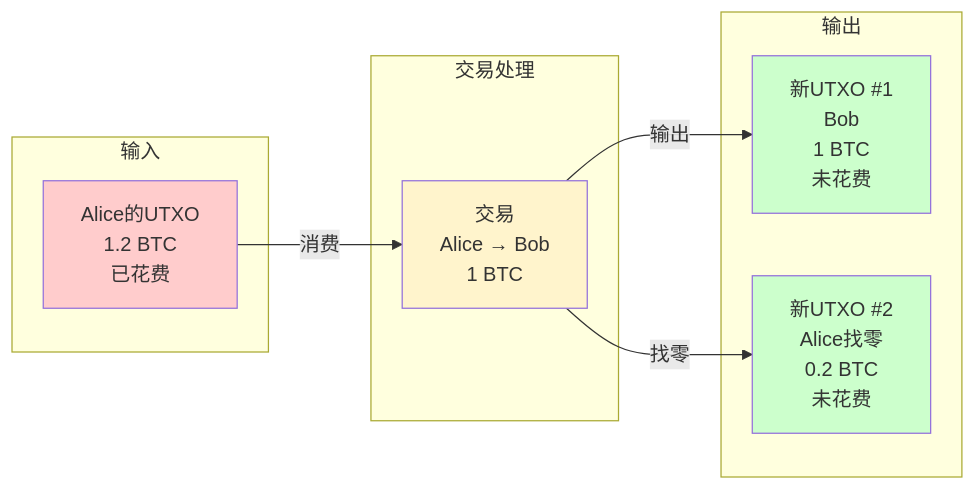
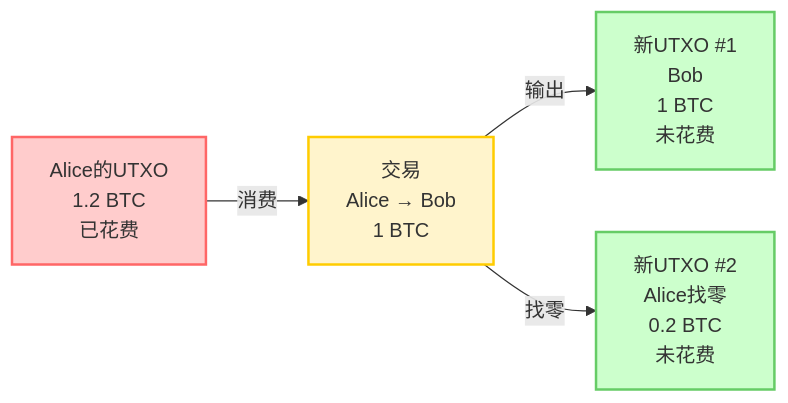
One commit to Ben-artist/blog changed the third of 4 diagrams in posts/block-chain.md. Above: the diagram before and after it, drawn with Mermaid.

Commit message:
Fix Mermaid diagram layout to prevent content overflow

````diff
--- a/posts/block-chain.md
+++ b/posts/block-chain.md
@@ -388,24 +388,23 @@
 ```mermaid
 graph LR
-    subgraph 输入
-        I1[Alice的UTXO<br/>1.2 BTC<br/>已花费]
-    end
+    I1["Alice的UTXO
+    1.2 BTC
+    已花费"] -->|消费| TX["交易
+    Alice → Bob
+    1 BTC"]
     
-    subgraph 交易处理
-        TX[交易<br/>Alice → Bob<br/>1 BTC]
-    end
+    TX -->|输出| O1["新UTXO #1
+    Bob
+    1 BTC
+    未花费"]
     
-    subgraph 输出
-        O1[新UTXO #1<br/>Bob<br/>1 BTC<br/>未花费]
-        O2[新UTXO #2<br/>Alice找零<br/>0.2 BTC<br/>未花费]
-    end
+    TX -->|找零| O2["新UTXO #2
+    Alice找零
+    0.2 BTC
+    未花费"]
     
-    I1 -->|消费| TX
-    TX -->|输出| O1
-    TX -->|找零| O2
-    
-    style I1 fill:#ffcccc
-    style TX fill:#fff4cc
-    style O1 fill:#ccffcc
-    style O2 fill:#ccffcc
+    style I1 fill:#ffcccc,stroke:#ff6666,stroke-width:2px
+    style TX fill:#fff4cc,stroke:#ffcc00,stroke-width:2px
+    style O1 fill:#ccffcc,stroke:#66cc66,stroke-width:2px
+    style O2 fill:#ccffcc,stroke:#66cc66,stroke-width:2px
 ```
````
